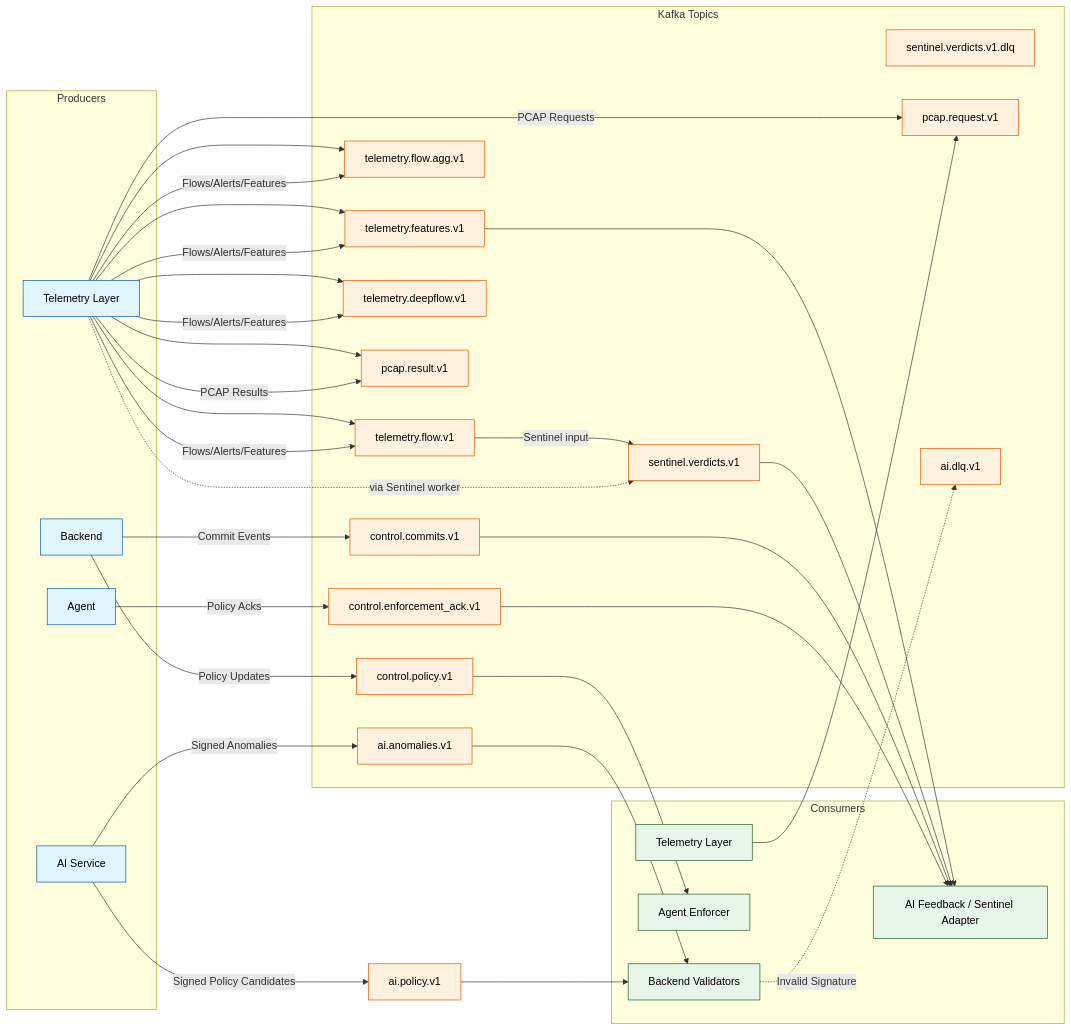
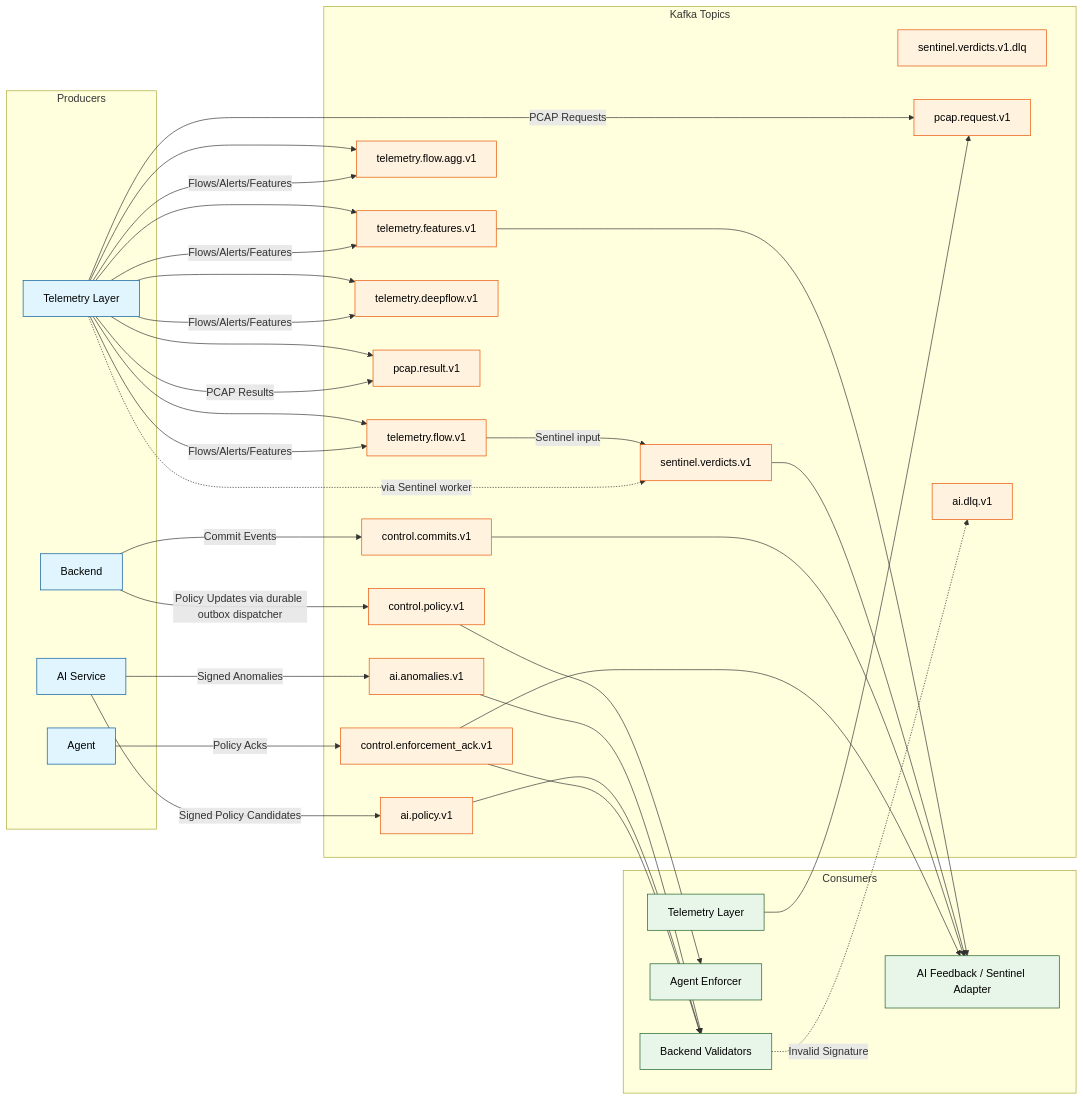
One commit to EveShark/CyberMesh changed the diagram in docs/architecture/04_kafka_message_bus.md. Above: the diagram before and after it, drawn with Mermaid. The commit also changed other lines of this file and 13 other files, not shown here.

Commit message:
Update architecture and design documentation

````diff
--- a/docs/architecture/04_kafka_message_bus.md
+++ b/docs/architecture/04_kafka_message_bus.md
@@ -44,67 +46,69 @@
 ```mermaid
 graph LR
     subgraph Producers
         TL[Telemetry Layer]
         AI[AI Service]
         BE[Backend]
         AG[Agent]
     end
 
     subgraph Topics["Kafka Topics"]
         F1[telemetry.flow.v1]
         F2[telemetry.flow.agg.v1]
         F3[telemetry.features.v1]
         F4[telemetry.deepflow.v1]
         S1[sentinel.verdicts.v1]
         S2[sentinel.verdicts.v1.dlq]
         F5[pcap.request.v1]
         F6[pcap.result.v1]
         T1[ai.anomalies.v1]
+        T1b[ai.policy.v1]
         T2[control.commits.v1]
         T3[control.policy.v1]
         T4[control.enforcement_ack.v1]
         DLQ[ai.dlq.v1]
     end
 
     subgraph Consumers
         BEC[Backend Validators]
         AIC[AI Feedback / Sentinel Adapter]
         AGC[Agent Enforcer]
         TLC[Telemetry Layer]
     end
 
     TL --> F1 & F2 & F3 & F4 & F6
     TLC --> F5
     F3 --> AIC
     F1 -->|Sentinel input| S1
     S1 --> AIC
 
     TL -->|Flows/Alerts/Features| F1 & F2 & F3 & F4
     TL -->|PCAP Results| F6
     TL -->|PCAP Requests| F5
     TL -.->|via Sentinel worker| S1
 
     AI -->|Signed Anomalies| T1
-    AI -->|Signed Policy Candidates| aiPolicy[ai.policy.v1]
+    AI -->|Signed Policy Candidates| T1b
     T1 --> BEC
-    aiPolicy --> BEC
+    T1b --> BEC
     
     BE -->|Commit Events| T2
     T2 --> AIC
     
-    BE -->|Policy Updates| T3
+    BE -->|Policy Updates via durable outbox dispatcher| T3
     T3 --> AGC
     
     AG -->|Policy Acks| T4
+    T4 --> BEC
     T4 --> AIC
     
     BEC -.->|Invalid Signature| DLQ
 
     classDef pro fill:#e1f5fe,stroke:#01579b,color:#000;
     classDef top fill:#fff3e0,stroke:#e65100,color:#000;
     classDef con fill:#e8f5e9,stroke:#1b5e20,color:#000;
     
     class TL,AI,BE,AG pro;
-    class F1,F2,F3,F4,S1,S2,F5,F6,T1,T2,T3,T4,aiPolicy,DLQ top;
+    class F1,F2,F3,F4,S1,S2,F5,F6,T1,T1b,T2,T3,T4,DLQ top;
     class BEC,AIC,AGC,TLC con;
 ```
````
